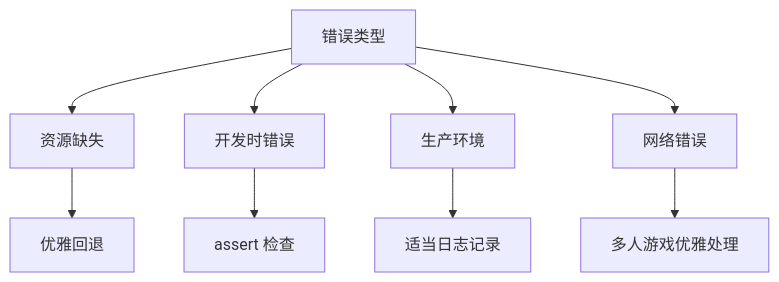
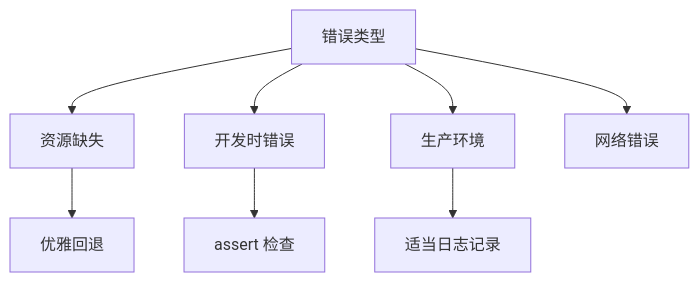
Before and after one commit to holooooo/survivor: the fifth of 6 diagrams in CLAUDE.md, drawn with Mermaid. The commit also changed other lines of this file and 56 other files, not shown here.

````diff
--- a/CLAUDE.md
+++ b/CLAUDE.md
@@ -334,12 +327,11 @@
 ```mermaid
 flowchart TD
     A[错误类型] --> B[资源缺失]
     A --> C[开发时错误]
     A --> D[生产环境]
     A --> E[网络错误]
 
     B --> B1[优雅回退]
     C --> C1[assert 检查]
     D --> D1[适当日志记录]
-    E --> E1[多人游戏优雅处理]
 ```
````
